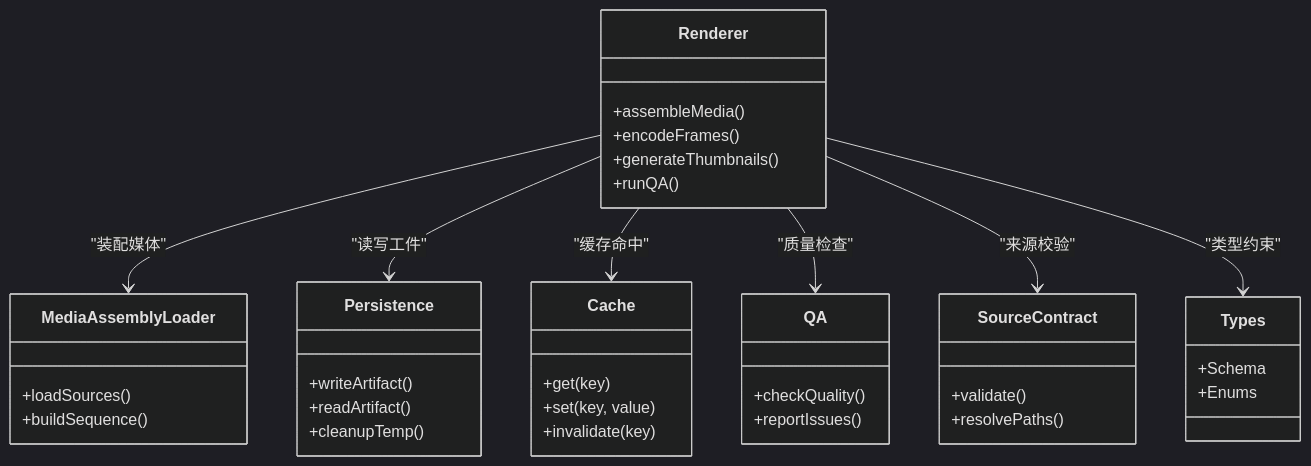
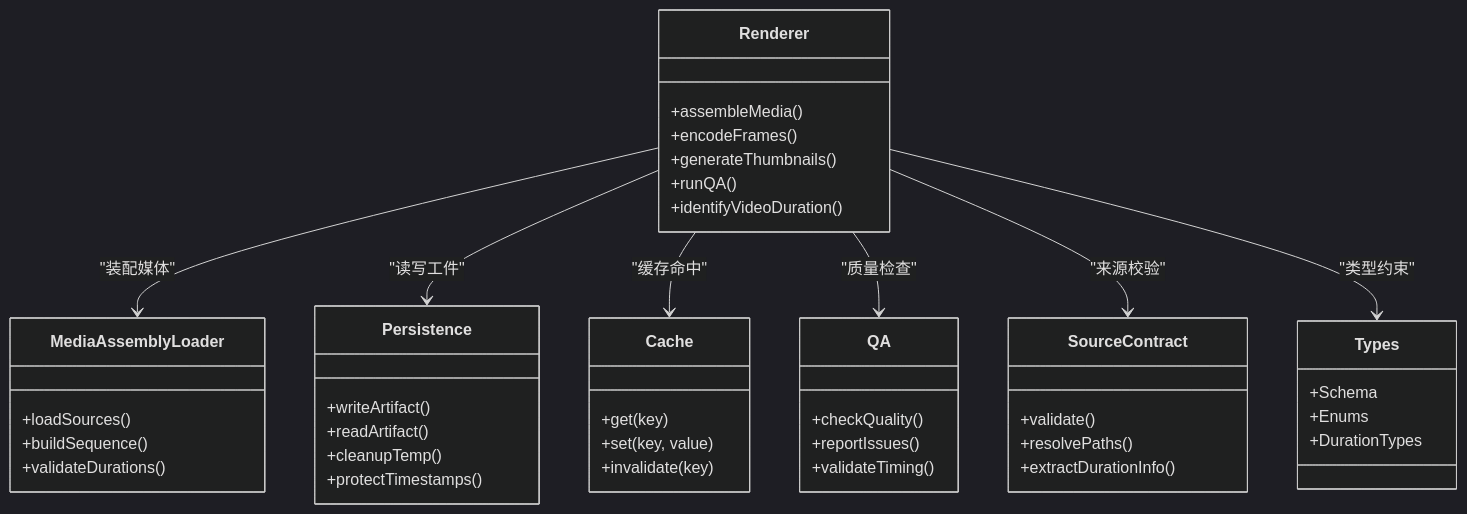
The fourth of 6 diagrams in .qoder/repowiki/zh/content/后端架构/任务处理/任务执行引擎.md (scottcwy/PurpleInk), drawn with Mermaid (dark theme) before and after one commit. The commit also changed other lines of this file and 29 other files, not shown here.

````diff
--- a/.qoder/repowiki/zh/content/后端架构/任务处理/任务执行引擎.md
+++ b/.qoder/repowiki/zh/content/后端架构/任务处理/任务执行引擎.md
@@ -317,41 +284,47 @@
 ```mermaid
 classDiagram
 class Renderer {
 +assembleMedia()
 +encodeFrames()
 +generateThumbnails()
 +runQA()
++identifyVideoDuration()
 }
 class MediaAssemblyLoader {
 +loadSources()
 +buildSequence()
++validateDurations()
 }
 class Persistence {
 +writeArtifact()
 +readArtifact()
 +cleanupTemp()
++protectTimestamps()
 }
 class Cache {
 +get(key)
 +set(key, value)
 +invalidate(key)
 }
 class QA {
 +checkQuality()
 +reportIssues()
++validateTiming()
 }
 class SourceContract {
 +validate()
 +resolvePaths()
++extractDurationInfo()
 }
 class Types {
 +Schema
 +Enums
++DurationTypes
 }
 Renderer --> MediaAssemblyLoader : "装配媒体"
 Renderer --> Persistence : "读写工件"
 Renderer --> Cache : "缓存命中"
 Renderer --> QA : "质量检查"
 Renderer --> SourceContract : "来源校验"
 Renderer --> Types : "类型约束"
 ```
````
